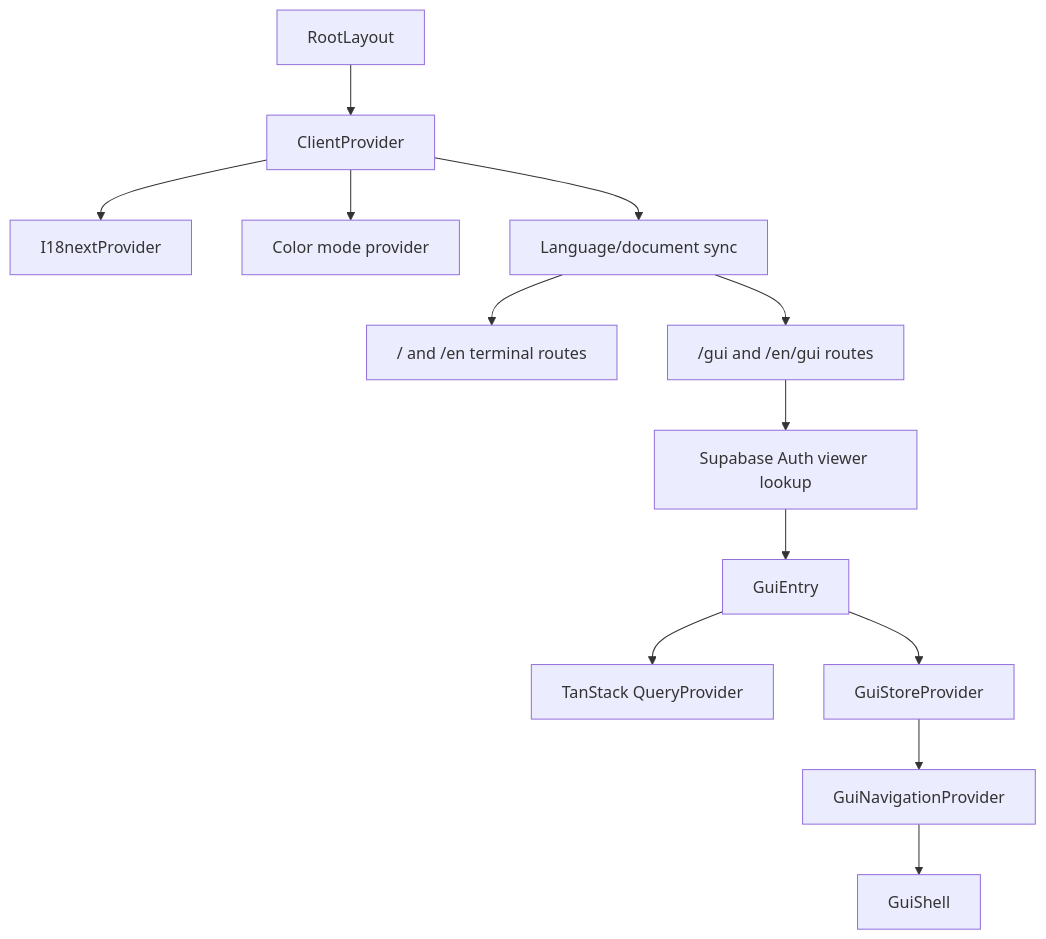
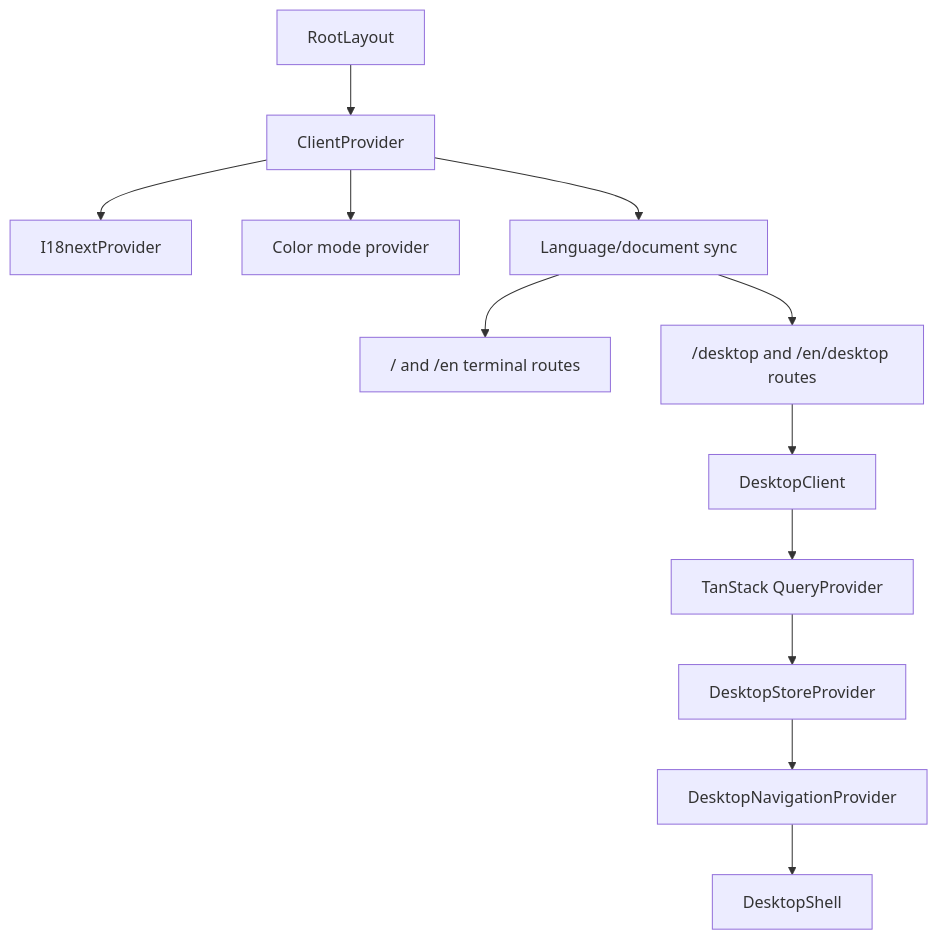
One commit to noonnofus/Portfolio-terminal-OS changed the first of 4 diagrams in docs/ARCHITECTURE.md. Above: the diagram before and after it, drawn with Mermaid. The commit also changed other lines of this file and 187 other files, not shown here.

Commit message:
refactor: migrate GUI namespace to Desktop

````diff
--- a/docs/ARCHITECTURE.md
+++ b/docs/ARCHITECTURE.md
@@ -19,17 +19,16 @@
 ```mermaid
 flowchart TD
     RootLayout["RootLayout"] --> ClientProvider["ClientProvider"]
     ClientProvider --> I18next["I18nextProvider"]
     ClientProvider --> ColorMode["Color mode provider"]
     ClientProvider --> I18nWrapper["Language/document sync"]
 
     I18nWrapper --> TerminalRoute["/ and /en terminal routes"]
-    I18nWrapper --> GuiRoute["/gui and /en/gui routes"]
+    I18nWrapper --> DesktopRoute["/desktop and /en/desktop routes"]
 
-    GuiRoute --> ViewerLookup["Supabase Auth viewer lookup"]
-    ViewerLookup --> GuiEntry["GuiEntry"]
-    GuiEntry --> QueryProvider["TanStack QueryProvider"]
-    GuiEntry --> StoreProvider["GuiStoreProvider"]
-    StoreProvider --> NavigationProvider["GuiNavigationProvider"]
-    NavigationProvider --> GuiShell["GuiShell"]
+    DesktopRoute --> DesktopClient["DesktopClient"]
+    DesktopClient --> QueryProvider["TanStack QueryProvider"]
+    QueryProvider --> StoreProvider["DesktopStoreProvider"]
+    StoreProvider --> NavigationProvider["DesktopNavigationProvider"]
+    NavigationProvider --> DesktopShell["DesktopShell"]
 ```
````
